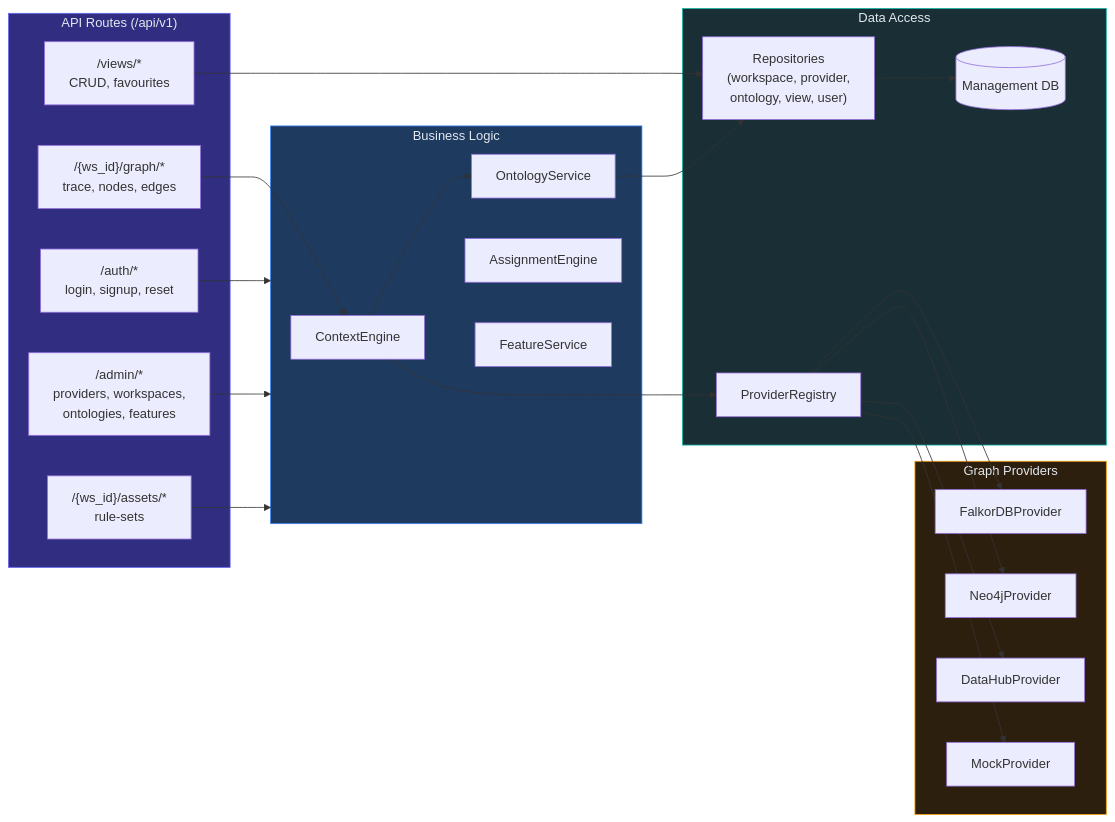
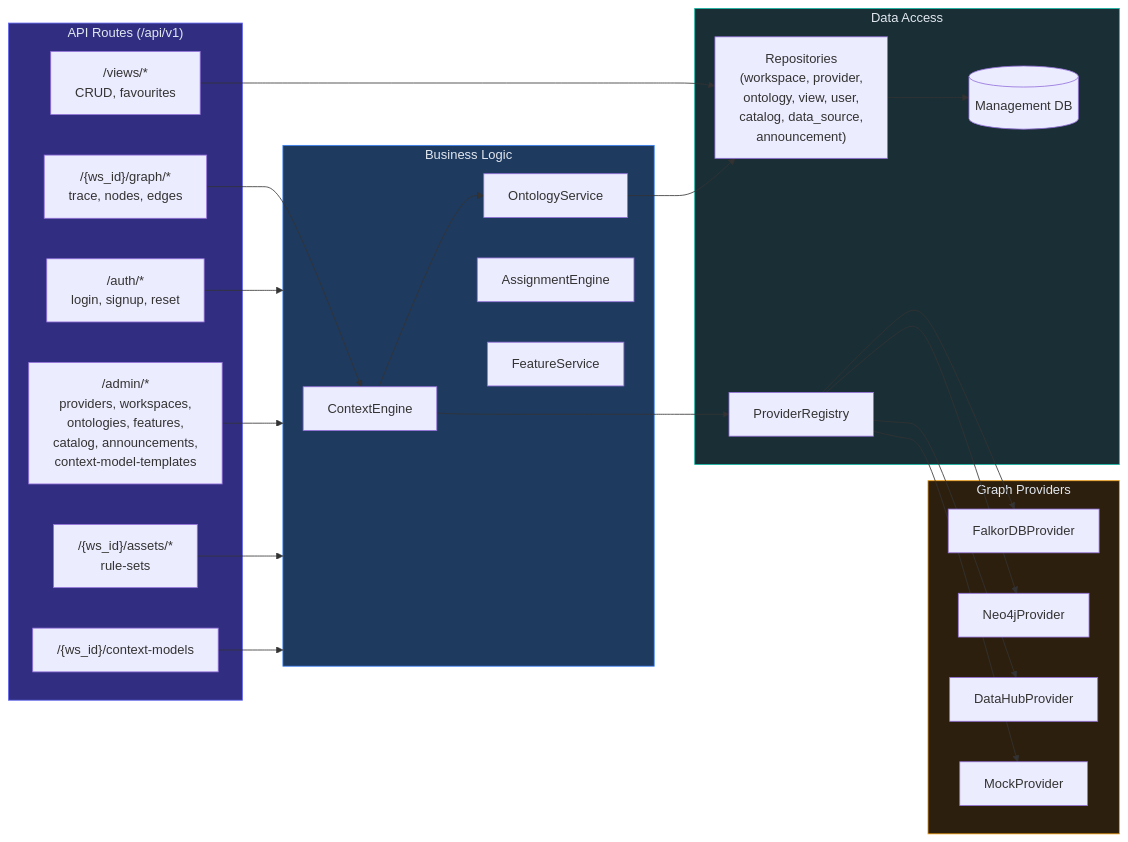
Before and after one commit to rkrumins/synodic: the third of 6 diagrams in docs/ARCHITECTURE.md, drawn with Mermaid. The commit also changed other lines of this file and 9 other files, not shown here.

````diff
--- a/docs/ARCHITECTURE.md
+++ b/docs/ARCHITECTURE.md
@@ -166,51 +195,53 @@
 ```mermaid
 graph LR
     subgraph Routes["API Routes (/api/v1)"]
         AuthR["/auth/*<br/>login, signup, reset"]
-        AdminR["/admin/*<br/>providers, workspaces,<br/>ontologies, features"]
+        AdminR["/admin/*<br/>providers, workspaces,<br/>ontologies, features,<br/>catalog, announcements,<br/>context-model-templates"]
         GraphR["/{ws_id}/graph/*<br/>trace, nodes, edges"]
         ViewR["/views/*<br/>CRUD, favourites"]
         AssetR["/{ws_id}/assets/*<br/>rule-sets"]
+        CMR["/{ws_id}/context-models"]
     end
 
     subgraph Services["Business Logic"]
         CE2[ContextEngine]
         OntSvc[OntologyService]
         AssignEng[AssignmentEngine]
         FeatSvc[FeatureService]
     end
 
     subgraph Data["Data Access"]
         PR2[ProviderRegistry]
-        RepoLayer["Repositories<br/>(workspace, provider,<br/>ontology, view, user)"]
+        RepoLayer["Repositories<br/>(workspace, provider,<br/>ontology, view, user,<br/>catalog, data_source,<br/>announcement)"]
         DB2[(Management DB)]
     end
 
     subgraph Providers["Graph Providers"]
         FP[FalkorDBProvider]
         NP[Neo4jProvider]
         DP[DataHubProvider]
         MP[MockProvider]
     end
 
     AuthR --> Services
     AdminR --> Services
     GraphR --> CE2
     ViewR --> RepoLayer
     AssetR --> Services
+    CMR --> Services
 
     CE2 --> PR2
     CE2 --> OntSvc
     OntSvc --> RepoLayer
     RepoLayer --> DB2
 
     PR2 --> FP
     PR2 --> NP
     PR2 --> DP
     PR2 --> MP
 
     style Routes fill:#312e81,stroke:#6366f1,color:#e2e8f0
     style Services fill:#1e3a5f,stroke:#3b82f6,color:#e2e8f0
     style Data fill:#1a2e35,stroke:#14b8a6,color:#e2e8f0
     style Providers fill:#2d1f0e,stroke:#f59e0b,color:#e2e8f0
 ```
````
